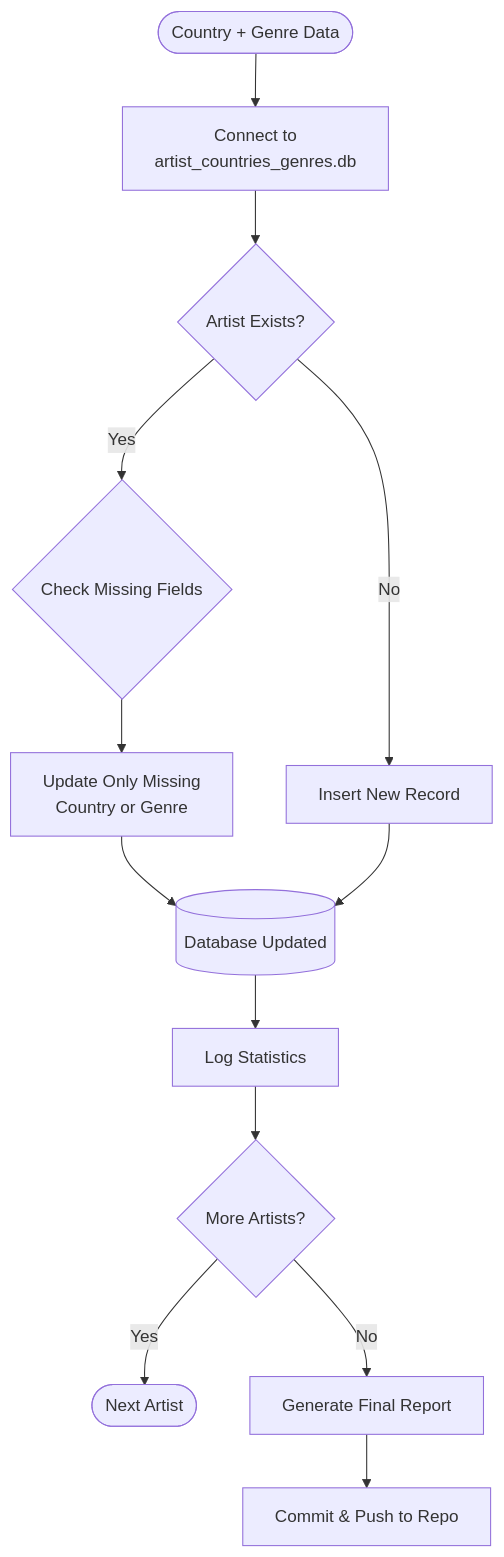
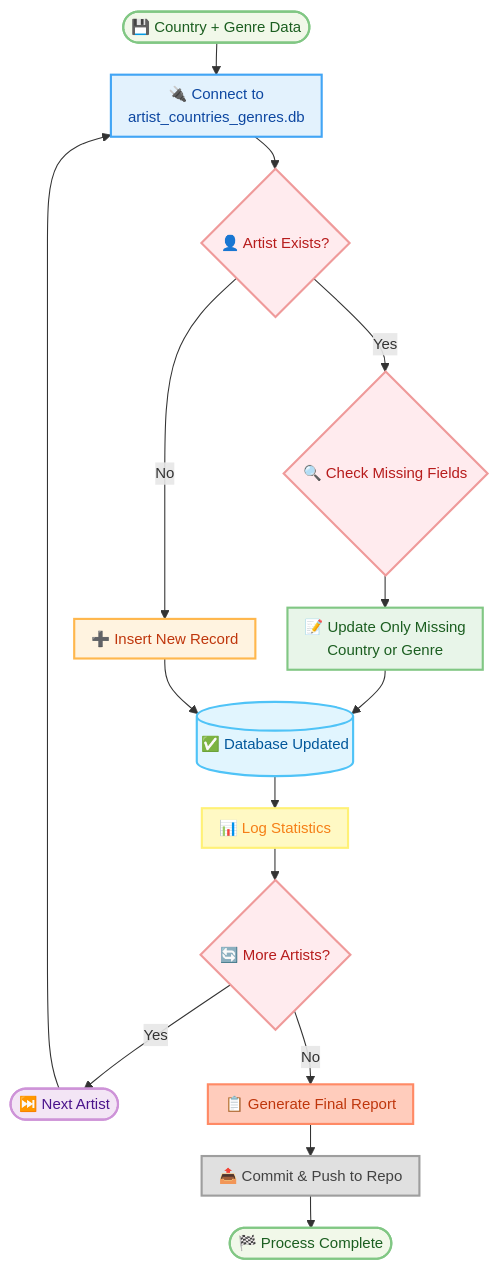
Before and after one commit to adroguetth/Music-Charts-Intelligence: the fifth of 5 diagrams in Documentation_EN/2_build_artist_db.md, drawn with Mermaid. The commit also changed other lines of this file, not shown here.

````diff
--- a/Documentation_EN/2_build_artist_db.md
+++ b/Documentation_EN/2_build_artist_db.md
@@ -218,21 +318,51 @@
 ```mermaid
+%%{init: {'flowchart': {'useMaxWidth': true, 'width': '50%', 'padding': 8, 'nodeSpacing': 30, 'rankSpacing': 30}, 'themeVariables': {'fontSize': '14px'}}}%%
 flowchart TD
-    START(["Country + Genre Data"])
-    START --> CDB["Connect to\nartist_countries_genres.db"]
-    CDB --> AE{"Artist Exists?"}
+    START(["💾 Country + Genre Data"])
+    
+    START --> CDB["🔌 Connect to<br/>artist_countries_genres.db"]
+    CDB --> AE{"👤 Artist Exists?"}
 
-    AE -- "Yes" --> CMF{"Check Missing Fields"}
-    CMF --> UOM["Update Only Missing\nCountry or Genre"]
+    AE -- "Yes" --> CMF{"🔍 Check Missing Fields"}
+    CMF --> UOM["📝 Update Only Missing<br/>Country or Genre"]
+    UOM --> DBU[("✅ Database Updated")]
 
-    AE -- "No" --> INR["Insert New Record"]
-
-    UOM --> DBU[("Database Updated")]
+    AE -- "No" --> INR["➕ Insert New Record"]
     INR --> DBU
 
-    DBU --> LS["Log Statistics"]
-    LS --> MA{"More Artists?"}
+    DBU --> LS["📊 Log Statistics"]
+    LS --> MA{"🔄 More Artists?"}
 
-    MA -- "Yes" --> NA(["Next Artist"])
-    MA -- "No" --> GFR["Generate Final Report"]
-    GFR --> CPR["Commit & Push to Repo"]
+    MA -- "Yes" --> NA(["⏭️ Next Artist"])
+    NA --> CDB
+
+    MA -- "No" --> GFR["📋 Generate Final Report"]
+    GFR --> CPR["📤 Commit & Push to Repo"]
+    
+    CPR --> FIN(["🏁 Process Complete"])
+
+    %% Estilos con colores suaves
+    classDef start_end fill:#F1F8E9,stroke:#81C784,stroke-width:2px,color:#1B5E20
+    classDef database fill:#E3F2FD,stroke:#42A5F5,stroke-width:2px,color:#0D47A1
+    classDef decision fill:#FFEBEE,stroke:#EF9A9A,stroke-width:2px,color:#B71C1C
+    classDef update fill:#E8F5E9,stroke:#81C784,stroke-width:2px,color:#1B5E20
+    classDef insert fill:#FFF3E0,stroke:#FFB74D,stroke-width:2px,color:#BF360C
+    classDef dbstate fill:#E1F5FE,stroke:#4FC3F7,stroke-width:2px,color:#01579B
+    classDef stats fill:#FFF9C4,stroke:#FFF176,stroke-width:2px,color:#F57F17
+    classDef next fill:#F3E5F5,stroke:#CE93D8,stroke-width:2px,color:#4A148C
+    classDef report fill:#FFCCBC,stroke:#FF8A65,stroke-width:2px,color:#BF360C
+    classDef commit fill:#E0E0E0,stroke:#9E9E9E,stroke-width:2px,color:#424242
+
+    %% Asignación de clases
+    class START start_end
+    class CDB database
+    class AE,CMF,MA decision
+    class UOM update
+    class INR insert
+    class DBU dbstate
+    class LS stats
+    class NA next
+    class GFR report
+    class CPR commit
+    class FIN start_end
 ```
````
